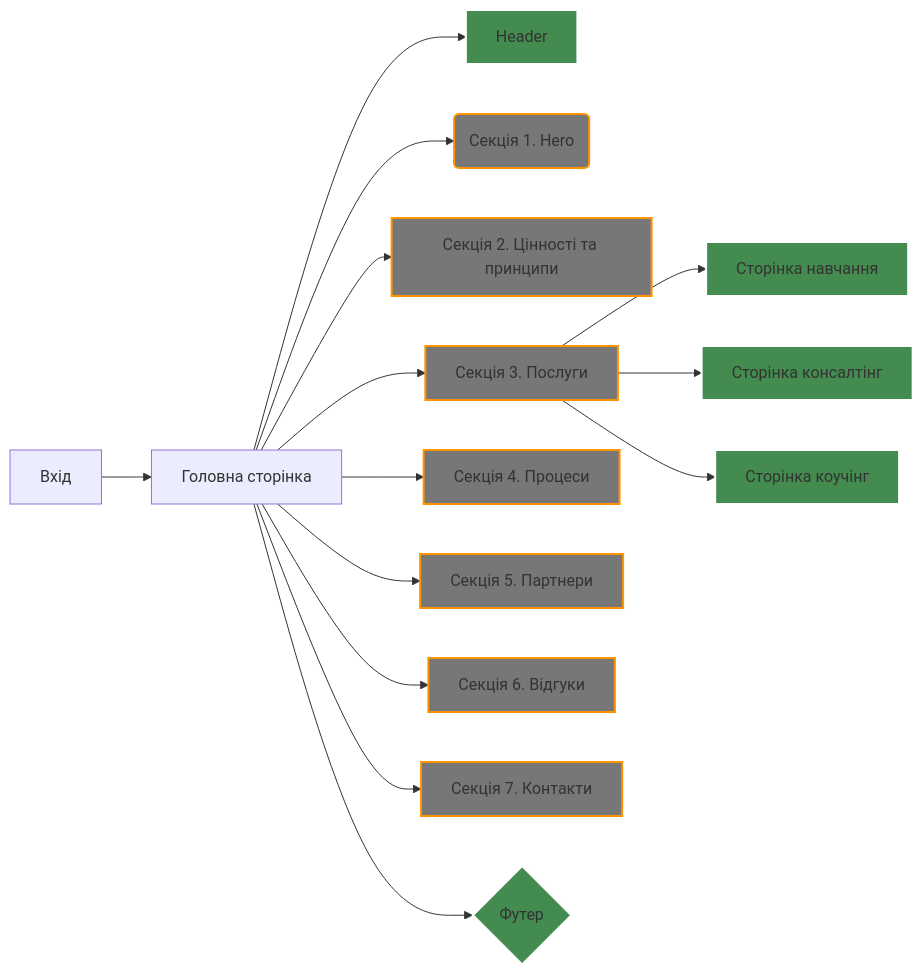
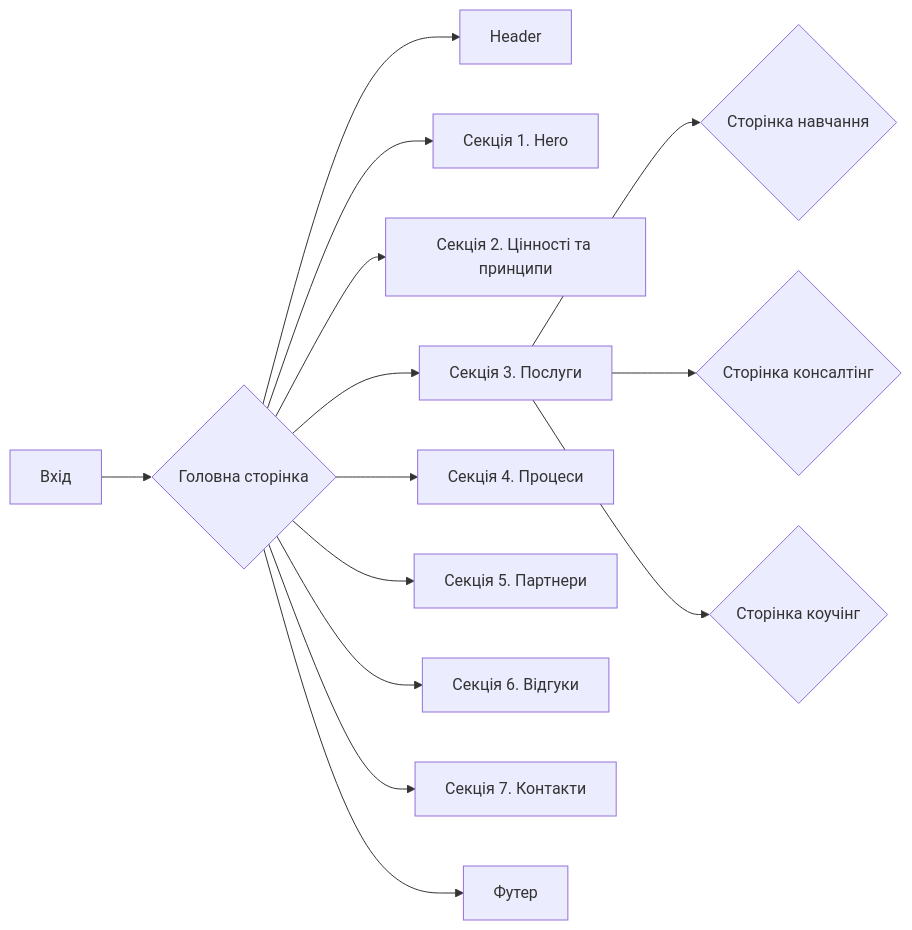
One commit to sergio-nezhigay/carptravel changed the diagram in README.md. Above: the diagram before and after it, drawn with Mermaid.

````diff
--- a/README.md
+++ b/README.md
@@ -51,50 +51,17 @@
 ```mermaid
 graph LR
 
-  %% Хедер
-  style B fill:#438b4e, stroke:#ffffff, stroke-width:2px;
-  classDef BClass fill:#438b4e, stroke:#ffffff, stroke-width:2px, shape:rect;
-
-  %% Секції
-  style C fill:#777, stroke:#ff9300, stroke-width:2px;
-  classDef CClass fill:#777, stroke:#ff9300, stroke-width:2px, shape:circle;
-  style D fill:#777, stroke:#ff9300, stroke-width:2px;
-  classDef DClass fill:#777, stroke:#ff9300, stroke-width:2px, shape:diamond;
-  style E fill:#777, stroke:#ff9300, stroke-width:2px;
-  classDef EClass fill:#777, stroke:#ff9300, stroke-width:2px, shape:round-edge;
-  style F fill:#777, stroke:#ff9300, stroke-width:2px;
-  classDef FClass fill:#777, stroke:#ff9300, stroke-width:2px, shape:hexagon;
-  style G fill:#777, stroke:#ff9300, stroke-width:2px;
-  classDef GClass fill:#777, stroke:#ff9300, stroke-width:2px, shape:trapezoid;
-  style H fill:#777, stroke:#ff9300, stroke-width:2px;
-  classDef HClass fill:#777, stroke:#ff9300, stroke-width:2px, shape:parallelogram;
-  style I fill:#777, stroke:#ff9300, stroke-width:2px;
-  classDef IClass fill:#777, stroke:#ff9300, stroke-width:2px, shape:ellipse;
-
-  %% Сторінки
-  style N fill:#438b4e, stroke:#ffffff, stroke-width:2px;
-  classDef NClass fill:#438b4e, stroke:#ffffff, stroke-width:2px, shape:rect;
-  style O fill:#438b4e, stroke:#ffffff, stroke-width:2px;
-  classDef OClass fill:#438b4e, stroke:#ffffff, stroke-width:2px, shape:round-edge;
-  style P fill:#438b4e, stroke:#ffffff, stroke-width:2px;
-  classDef PClass fill:#438b4e, stroke:#ffffff, stroke-width:2px, shape:ellipse;
-
-  %% Футер
-  style J fill:#438b4e, stroke:#ffffff, stroke-width:2px;
-  classDef JClass fill:#438b4e, stroke:#ffffff, stroke-width:2px, shape:trapezoid;
-
-
-  Z[Вхід] --> A[Головна сторінка]
+  Z[Вхід] --> A{Головна сторінка}
   A --> B[Header]
-  A --> C(Секція 1. Hero)
+  A --> C[Секція 1. Hero]
   A --> D[Секція 2. Цінності та принципи]
   A --> E[Секція 3. Послуги]
   A --> F[Секція 4. Процеси]
   A --> G[Секція 5. Партнери]
   A --> H[Секція 6. Відгуки]
   A --> I[Секція 7. Контакти]
-  A --> J{Футер}
-  E --> N[Сторінка навчання]
-  E --> O[Сторінка консалтінг]
-  E --> P[Сторінка коучінг]
+  A --> J[Футер]
+  E --> N{Сторінка навчання}
+  E --> O{Сторінка консалтінг}
+  E --> P{Сторінка коучінг}
 ```
````
